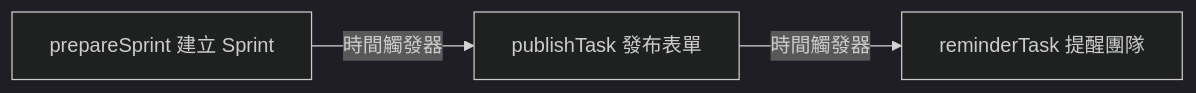
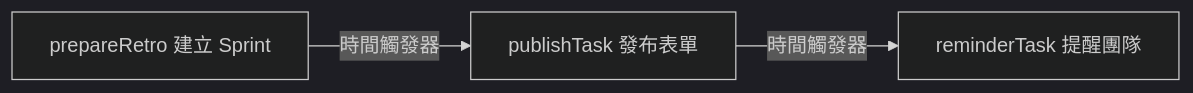
The first of 4 diagrams in me/taichi/f2e/scrum/retrospective/README.md (oceanTsai/team.manager), drawn with Mermaid (dark theme) before and after one commit. The commit also changed other lines of this file and 9 other files, not shown here.

First line of the commit message:
refactor(retrospective): 檔名改用 Retro,Sprint 只保留給真正處理時間單位的檔案

````diff
--- a/me/taichi/f2e/scrum/retrospective/README.md
+++ b/me/taichi/f2e/scrum/retrospective/README.md
@@ -36,5 +36,5 @@
 ```mermaid
 flowchart LR
-    A[prepareSprint 建立 Sprint] -->|時間觸發器| B[publishTask 發布表單]
+    A[prepareRetro 建立 Sprint] -->|時間觸發器| B[publishTask 發布表單]
     B -->|時間觸發器| C[reminderTask 提醒團隊]
 ```
````
